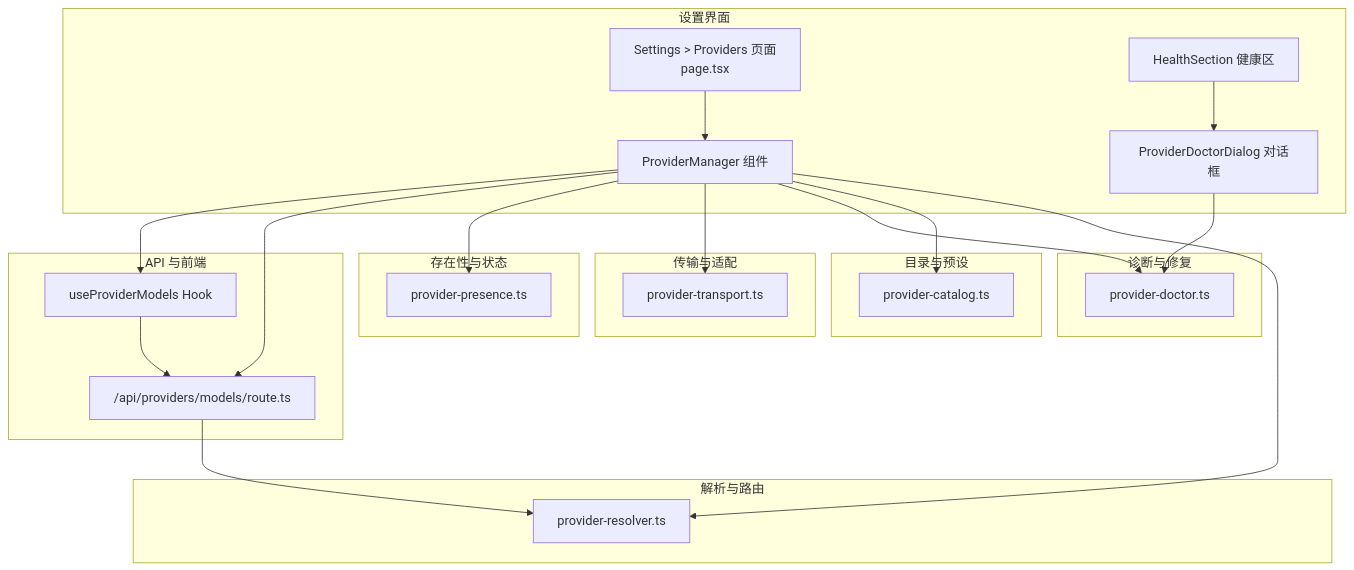
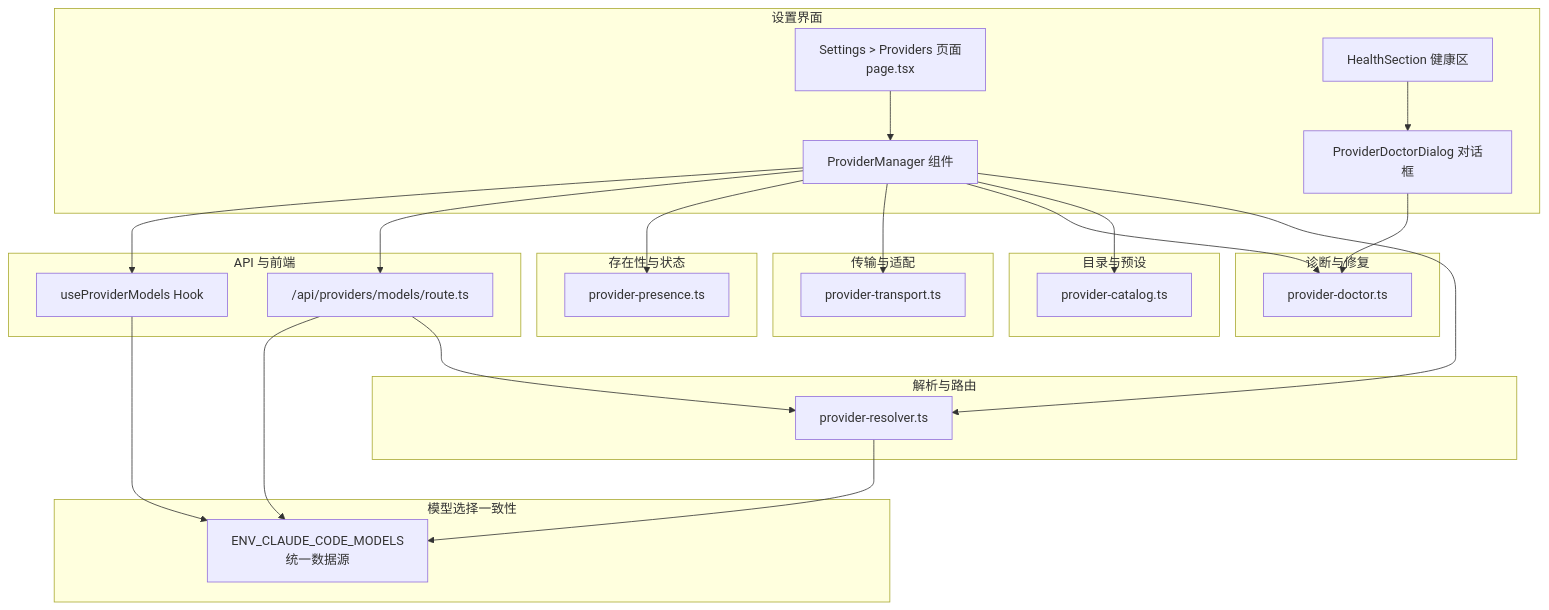
The first of 6 diagrams in .qoder/repowiki/zh/content/核心功能/设置管理系统/Provider 管理.md (haolange/CodePilot), drawn with Mermaid before and after one commit. The commit also changed other lines of this file and 8 other files, not shown here.

````diff
--- a/.qoder/repowiki/zh/content/核心功能/设置管理系统/Provider 管理.md
+++ b/.qoder/repowiki/zh/content/核心功能/设置管理系统/Provider 管理.md
@@ -55,40 +69,45 @@
 ```mermaid
 graph TB
 subgraph "设置界面"
 SP["Settings > Providers 页面<br/>page.tsx"]
 PM["ProviderManager 组件"]
 PHD["ProviderDoctorDialog 对话框"]
 HS["HealthSection 健康区"]
 end
 subgraph "解析与路由"
 PR["provider-resolver.ts"]
 end
 subgraph "目录与预设"
 PC["provider-catalog.ts"]
 end
 subgraph "诊断与修复"
 PD["provider-doctor.ts"]
 end
 subgraph "传输与适配"
 PT["provider-transport.ts"]
 end
 subgraph "存在性与状态"
 PP["provider-presence.ts"]
 end
 subgraph "API 与前端"
 API["/api/providers/models/route.ts"]
 UPM["useProviderModels Hook"]
 end
+subgraph "模型选择一致性"
+ECSM["ENV_CLAUDE_CODE_MODELS<br/>统一数据源"]
+end
 SP --> PM
 PM --> PR
 PM --> PC
 PM --> PD
 PM --> PT
 PM --> PP
 PM --> API
 PM --> UPM
 HS --> PHD
 PHD --> PD
 API --> PR
-UPM --> API
+API --> ECSM
+UPM --> ECSM
+PR --> ECSM
 ```
````
